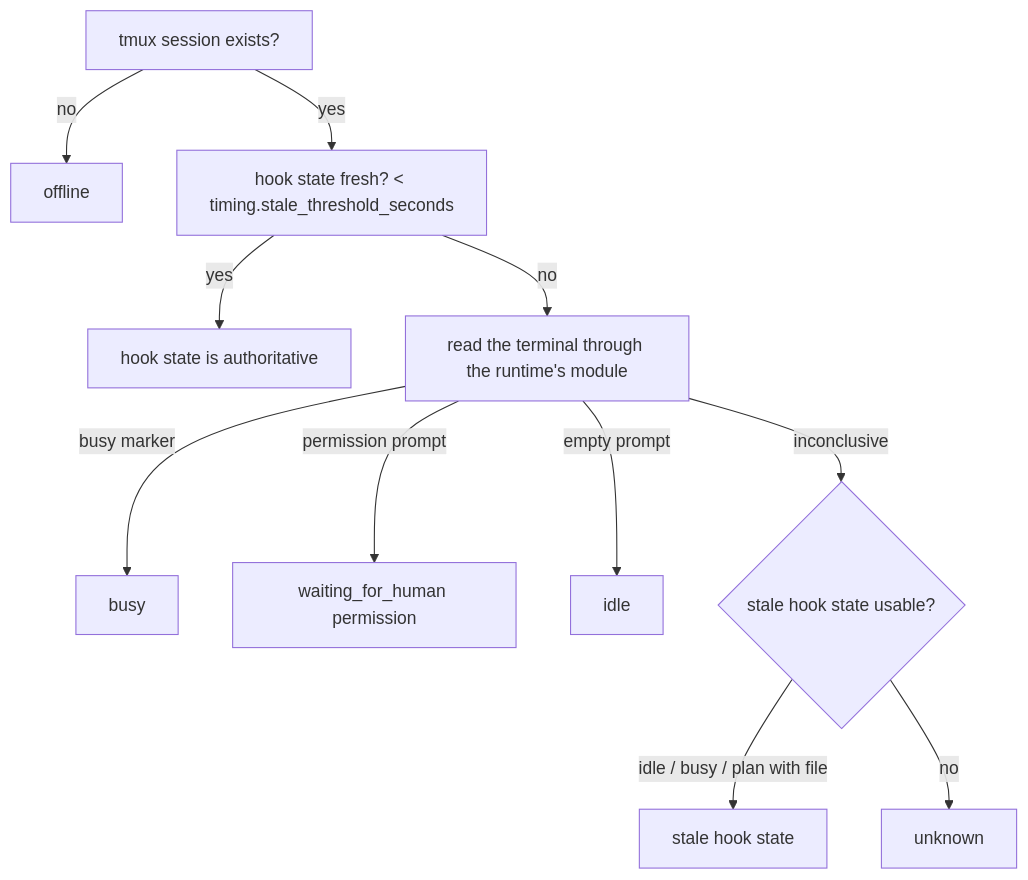
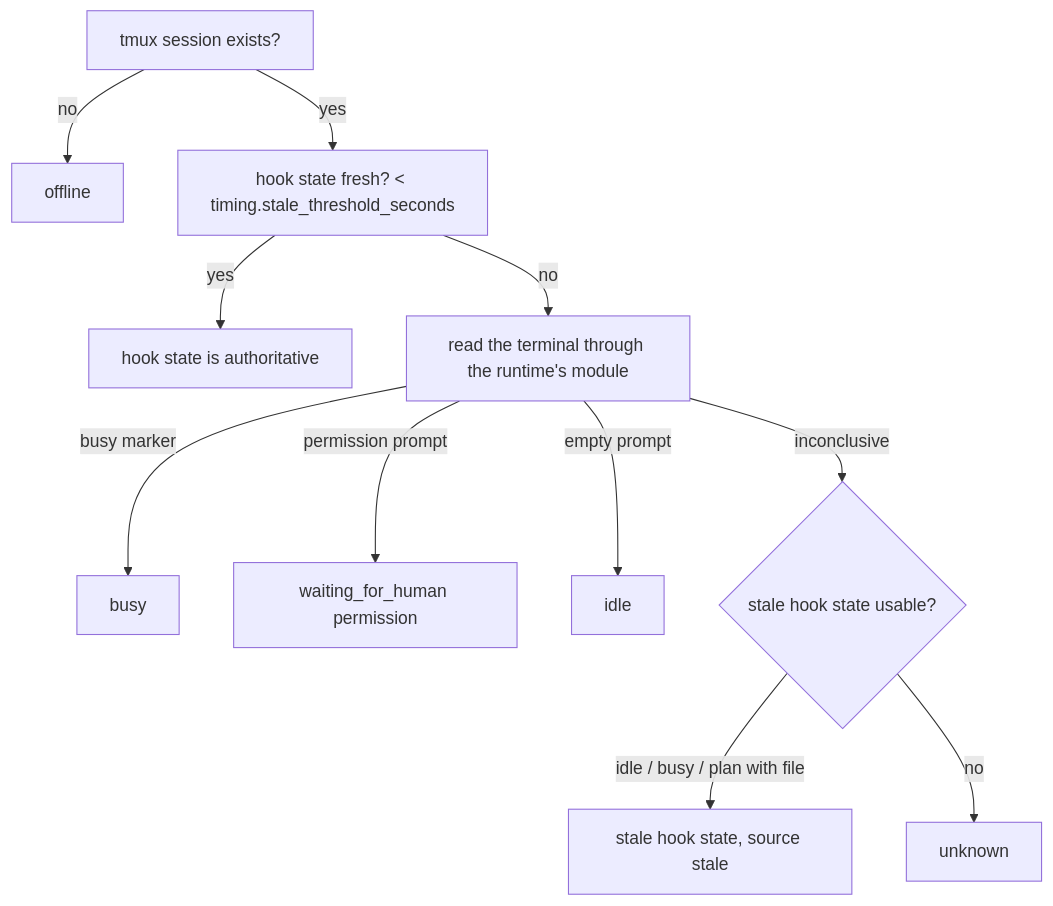
Before and after one commit to eandualem/agent-backbone: the first of 3 diagrams in docs/how-it-works.md, drawn with Mermaid. The commit also changed 18 other files, not shown here.

````diff
--- a/docs/how-it-works.md
+++ b/docs/how-it-works.md
@@ -124,13 +124,13 @@
 ```mermaid
 flowchart TD
     A[tmux session exists?] -->|no| OFF[offline]
     A -->|yes| B[hook state fresh? < timing.stale_threshold_seconds]
     B -->|yes| C[hook state is authoritative]
     B -->|no| D[read the terminal through the runtime's module]
     D -->|busy marker| BUSY[busy]
     D -->|permission prompt| WFH[waiting_for_human permission]
     D -->|empty prompt| IDLE[idle]
     D -->|inconclusive| E{stale hook state usable?}
-    E -->|idle / busy / plan with file| F[stale hook state]
+    E -->|idle / busy / plan with file| F[stale hook state, source stale]
     E -->|no| UNK[unknown]
 ```
````
